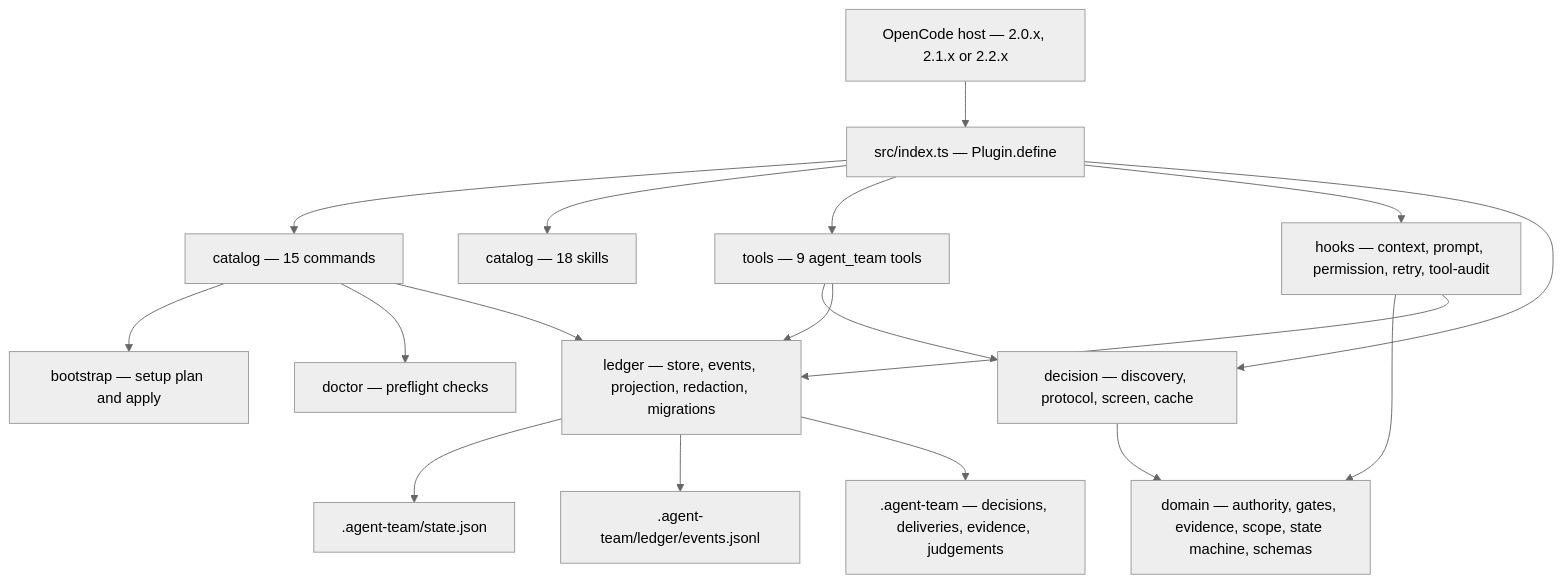
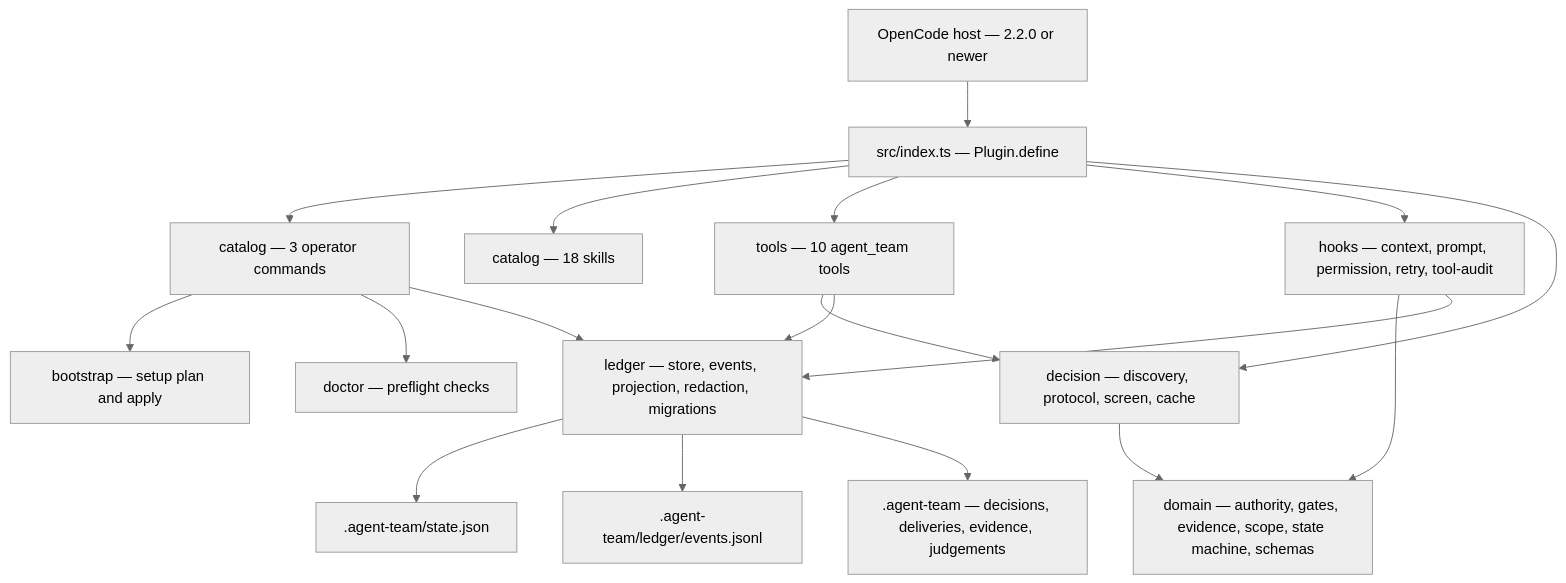
One commit to lindoelio/opencode-agent-team changed the first of 3 diagrams in ARCHITECTURE.md. Above: the diagram before and after it, drawn with Mermaid (neutral theme). The commit also changed other lines of this file and 86 other files, not shown here.

````diff
--- a/ARCHITECTURE.md
+++ b/ARCHITECTURE.md
@@ -14,35 +14,35 @@
 ```mermaid
 flowchart TD
-  Host["OpenCode host — 2.0.x, 2.1.x or 2.2.x"]
+  Host["OpenCode host — 2.2.0 or newer"]
   Entry["src/index.ts — Plugin.define"]
-  Commands["catalog — 15 commands"]
+  Commands["catalog — 3 operator commands"]
   Skills["catalog — 18 skills"]
-  Tools["tools — 9 agent_team tools"]
+  Tools["tools — 10 agent_team tools"]
   Hooks["hooks — context, prompt, permission, retry, tool-audit"]
   Domain["domain — authority, gates, evidence, scope, state machine, schemas"]
   Ledger["ledger — store, events, projection, redaction, migrations"]
   Setup["bootstrap — setup plan and apply"]
   Doctor["doctor — preflight checks"]
   Decision["decision — discovery, protocol, screen, cache"]
   State[".agent-team/state.json"]
   Events[".agent-team/ledger/events.jsonl"]
   Docs[".agent-team — decisions, deliveries, evidence, judgements"]
 
   Host --> Entry
   Entry --> Commands
   Entry --> Skills
   Entry --> Tools
   Entry --> Hooks
   Entry --> Decision
   Tools --> Decision
   Decision --> Domain
   Tools --> Ledger
   Hooks --> Domain
   Hooks --> Ledger
   Commands --> Setup
   Commands --> Doctor
   Commands --> Ledger
   Ledger --> State
   Ledger --> Events
   Ledger --> Docs
 ```
````
